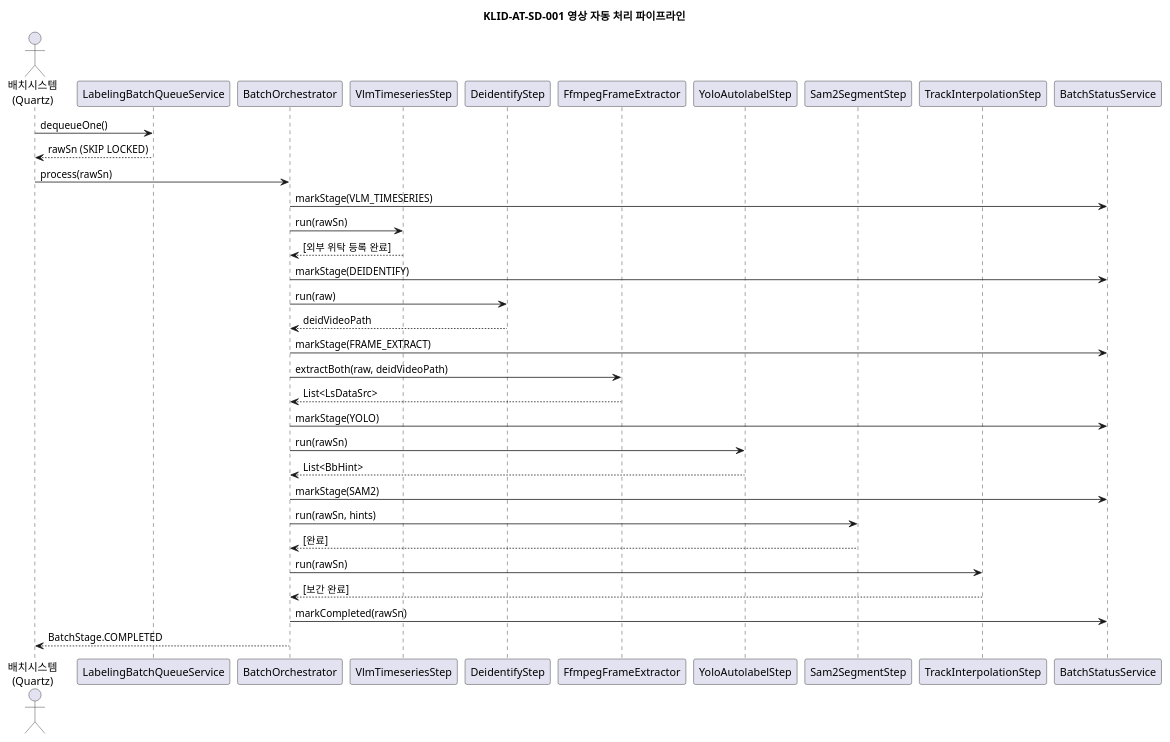
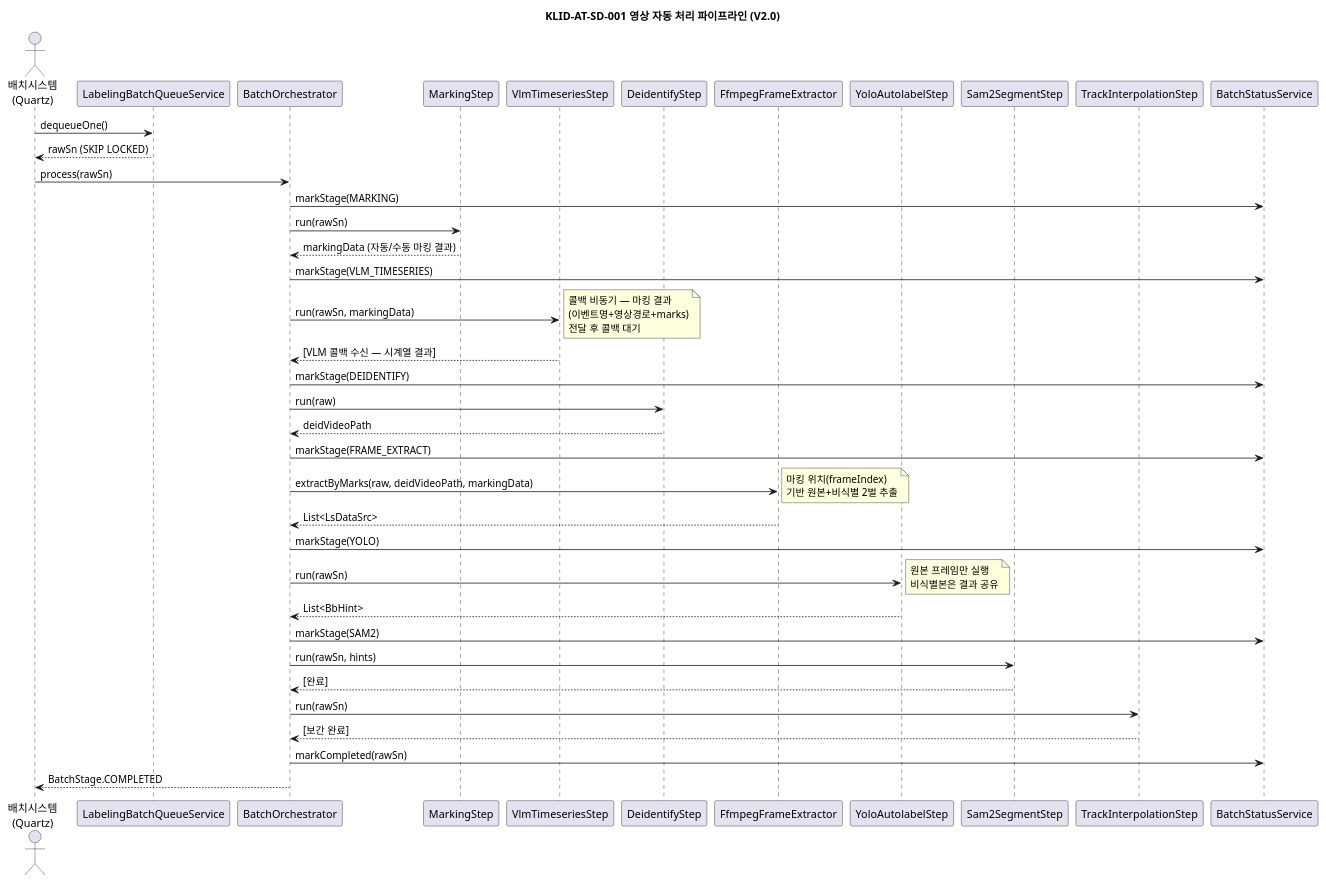
Before and after one commit to New-stella/klid-label: the first of 22 diagrams in docs/design/D1_클래스설계서_v1.0.md, drawn with PlantUML. The commit also changed other lines of this file and 2 other files, not shown here.

Commit message:
docs(design): V2.0 다이어그램 반영 — UCD/시퀀스/클래스/컴포넌트
- R2 UCD-001: UC-016 마킹 추가, UC-001→UC-016 include, UC-016→UC-004 trigger
- R2 UCD-003: UC-011 "증강 비동기 요청(새 영상 생성)", UC-012 "포털 사용자 라벨링(데이터마트 Load)"
- D1 SD-001: 시퀀스에 MarkingStep 추가, VLM 콜백 비동기 주석, extractByMarks, YOLO 원본만 주석
- D1 클래스도: BatchOrchestrator.markingStep 필드, MarkingStep ..|> PipelineStep
- D3 컴포넌트도: CO-015 Marking 컴포넌트 추가, 의존 화살표

Generated with Claude Code

````diff
--- a/docs/design/D1_클래스설계서_v1.0.md
+++ b/docs/design/D1_클래스설계서_v1.0.md
@@ -91,38 +91,45 @@
 ```plantuml
 @startuml KLID-AT-SD-001
-title KLID-AT-SD-001 영상 자동 처리 파이프라인
+title KLID-AT-SD-001 영상 자동 처리 파이프라인 (V2.0)
 actor "배치시스템\n(Quartz)" as BATCH
 participant LabelingBatchQueueService as QUEUE
 participant BatchOrchestrator as ORCH
+participant MarkingStep as MARK
 participant VlmTimeseriesStep as VLM
 participant DeidentifyStep as DEID
 participant FfmpegFrameExtractor as FFMPEG
 participant YoloAutolabelStep as YOLO
 participant Sam2SegmentStep as SAM2
 participant TrackInterpolationStep as INTERP
 participant BatchStatusService as STATUS
 
 BATCH -> QUEUE : dequeueOne()
 QUEUE --> BATCH : rawSn (SKIP LOCKED)
 BATCH -> ORCH : process(rawSn)
+ORCH -> STATUS : markStage(MARKING)
+ORCH -> MARK : run(rawSn)
+MARK --> ORCH : markingData (자동/수동 마킹 결과)
 ORCH -> STATUS : markStage(VLM_TIMESERIES)
-ORCH -> VLM : run(rawSn)
-VLM --> ORCH : [외부 위탁 등록 완료]
+ORCH -> VLM : run(rawSn, markingData)
+note right : 콜백 비동기 — 마킹 결과\n(이벤트명+영상경로+marks)\n전달 후 콜백 대기
+VLM --> ORCH : [VLM 콜백 수신 — 시계열 결과]
 ORCH -> STATUS : markStage(DEIDENTIFY)
 ORCH -> DEID : run(raw)
 DEID --> ORCH : deidVideoPath
 ORCH -> STATUS : markStage(FRAME_EXTRACT)
-ORCH -> FFMPEG : extractBoth(raw, deidVideoPath)
+ORCH -> FFMPEG : extractByMarks(raw, deidVideoPath, markingData)
+note right : 마킹 위치(frameIndex)\n기반 원본+비식별 2벌 추출
 FFMPEG --> ORCH : List<LsDataSrc>
 ORCH -> STATUS : markStage(YOLO)
 ORCH -> YOLO : run(rawSn)
+note right : 원본 프레임만 실행\n비식별본은 결과 공유
 YOLO --> ORCH : List<BbHint>
 ORCH -> STATUS : markStage(SAM2)
 ORCH -> SAM2 : run(rawSn, hints)
 SAM2 --> ORCH : [완료]
 ORCH -> INTERP : run(rawSn)
 INTERP --> ORCH : [보간 완료]
 ORCH -> STATUS : markCompleted(rawSn)
 ORCH --> BATCH : BatchStage.COMPLETED
 @enduml
 ```
````
